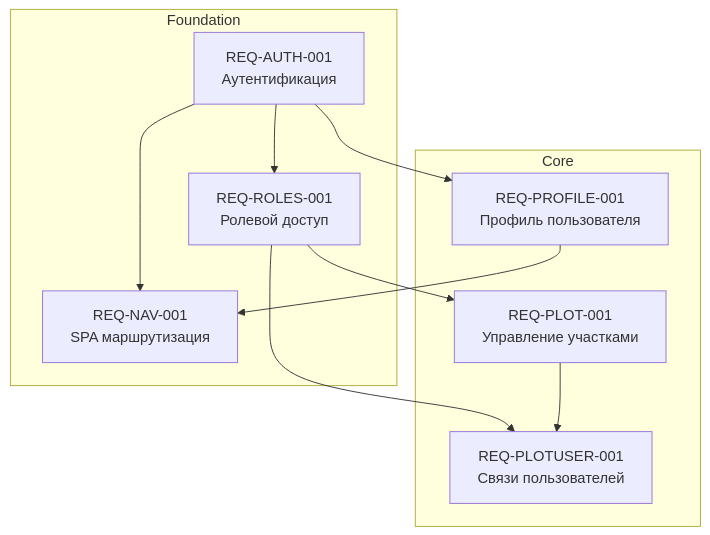
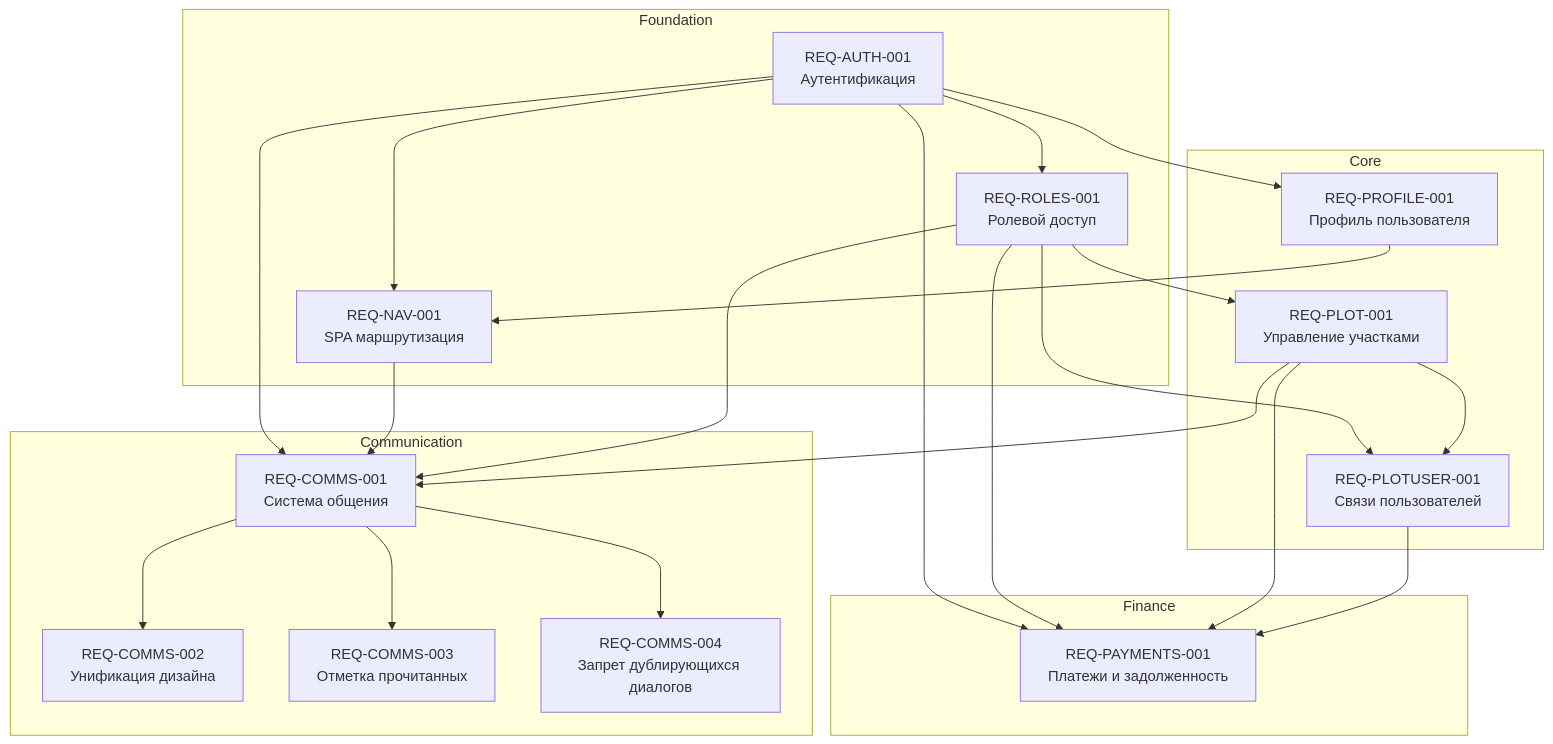
One commit to voriv/snt-app changed the diagram in docs/requirements/README.md. Above: the diagram before and after it, drawn with Mermaid. The commit also changed other lines of this file and 525 other files, not shown here.

````diff
--- a/docs/requirements/README.md
+++ b/docs/requirements/README.md
@@ -63,22 +72,44 @@
 ```mermaid
 flowchart TD
     Auth[REQ-AUTH-001<br/>Аутентификация] --> Profile[REQ-PROFILE-001<br/>Профиль пользователя]
     Auth --> Nav[REQ-NAV-001<br/>SPA маршрутизация]
     Auth --> Roles[REQ-ROLES-001<br/>Ролевой доступ]
     Profile --> Nav
     Roles --> Plots[REQ-PLOT-001<br/>Управление участками]
     Roles --> PlotUser[REQ-PLOTUSER-001<br/>Связи пользователей]
     Plots --> PlotUser
-    
+    Auth --> Payments[REQ-PAYMENTS-001<br/>Платежи и задолженность]
+    Roles --> Payments
+    Plots --> Payments
+    PlotUser --> Payments
+    Auth --> Comms[REQ-COMMS-001<br/>Система общения]
+    Nav --> Comms
+    Roles --> Comms
+    Plots --> Comms
+    Comms --> Comms2[REQ-COMMS-002<br/>Унификация дизайна]
+    Comms --> Comms3[REQ-COMMS-003<br/>Отметка прочитанных]
+    Comms --> Comms4[REQ-COMMS-004<br/>Запрет дублирующихся диалогов]
+
     subgraph Foundation
         Auth
         Nav
         Roles
     end
     
     subgraph Core
         Profile
         Plots
         PlotUser
     end
+    
+    subgraph Finance
+        Payments
+    end
+
+    subgraph Communication
+        Comms
+        Comms2
+        Comms3
+        Comms4
+    end
 ```
````
